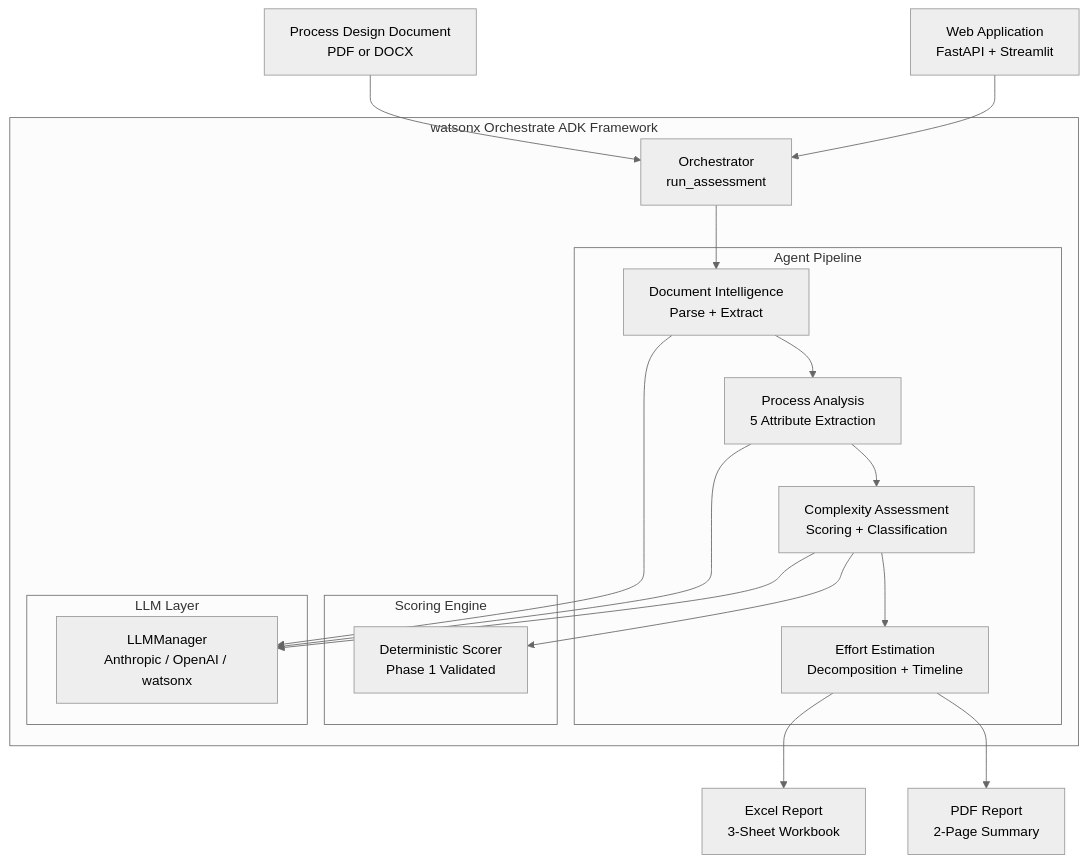
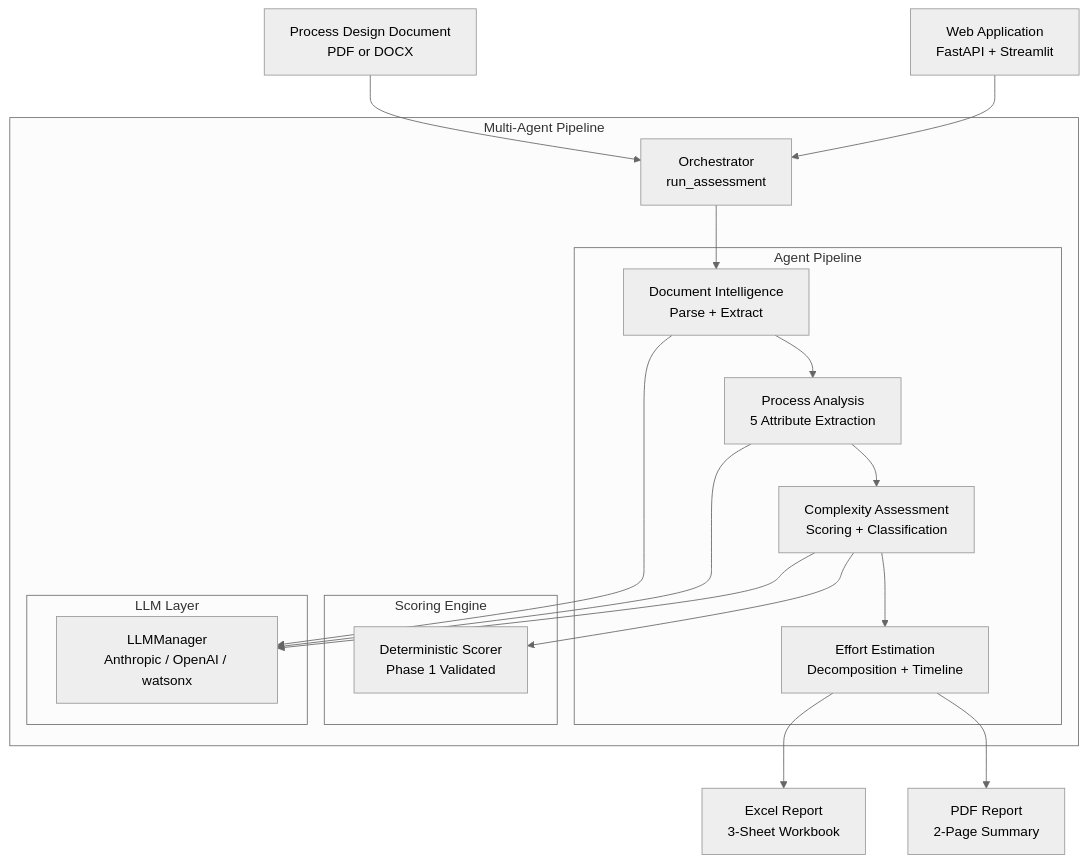
Before and after one commit to anirbandas59/rpa-complexity-agent: the diagram in README.md, drawn with Mermaid (neutral theme). The commit also changed other lines of this file and 12 other files, not shown here.

````diff
--- a/README.md
+++ b/README.md
@@ -29,34 +15,34 @@
 ```mermaid
 graph TB
     PDD[Process Design Document\nPDF or DOCX]
 
-    subgraph "watsonx Orchestrate ADK Framework"
+    subgraph "Multi-Agent Pipeline"
       ORCH[Orchestrator\nrun_assessment]
 
       subgraph "Agent Pipeline"
         DI[Document Intelligence\nParse + Extract]
         PA[Process Analysis\n5 Attribute Extraction]
         CA[Complexity Assessment\nScoring + Classification]
         EE[Effort Estimation\nDecomposition + Timeline]
       end
 
       subgraph "Scoring Engine"
         SE[Deterministic Scorer\nPhase 1 Validated]
       end
 
       subgraph "LLM Layer"
         LLM[LLMManager\nAnthropic / OpenAI / watsonx]
       end
     end
 
     OUT_E[Excel Report\n3-Sheet Workbook]
     OUT_P[PDF Report\n2-Page Summary]
     UI[Web Application\nFastAPI + Streamlit]
 
     PDD --> ORCH
     ORCH --> DI --> PA --> CA --> EE
     CA --> SE
     DI & PA & CA --> LLM
     EE --> OUT_E & OUT_P
     UI --> ORCH
 ```
````
